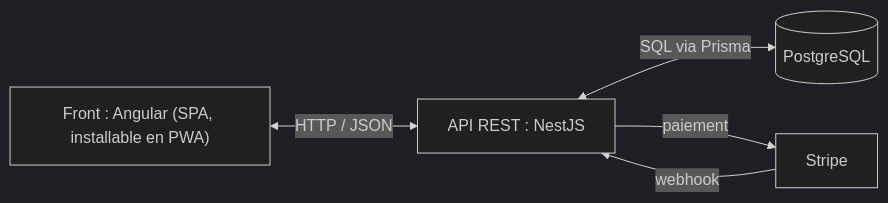
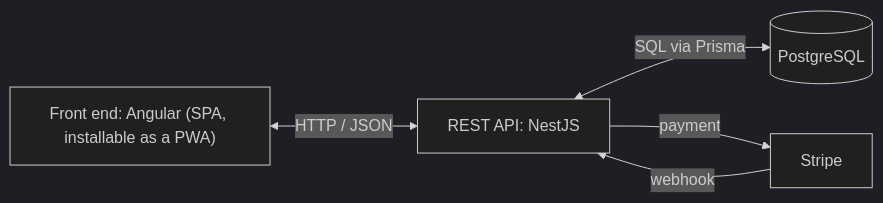
Before and after one commit to victormetral/financepilot: the first of 2 diagrams in README.md, drawn with Mermaid (dark theme). The commit also changed other lines of this file and 3 other files, not shown here.

````diff
--- a/README.md
+++ b/README.md
@@ -80,7 +82,7 @@
 ```mermaid
 flowchart LR
-  FRONT["Front : Angular (SPA, installable en PWA)"] <-->|HTTP / JSON| API["API REST : NestJS"]
+  FRONT["Front end: Angular (SPA, installable as a PWA)"] <-->|HTTP / JSON| API["REST API: NestJS"]
   API <-->|SQL via Prisma| DB[(PostgreSQL)]
-  API -->|paiement| STRIPE["Stripe"]
+  API -->|payment| STRIPE["Stripe"]
   STRIPE -->|webhook| API
 ```
````
